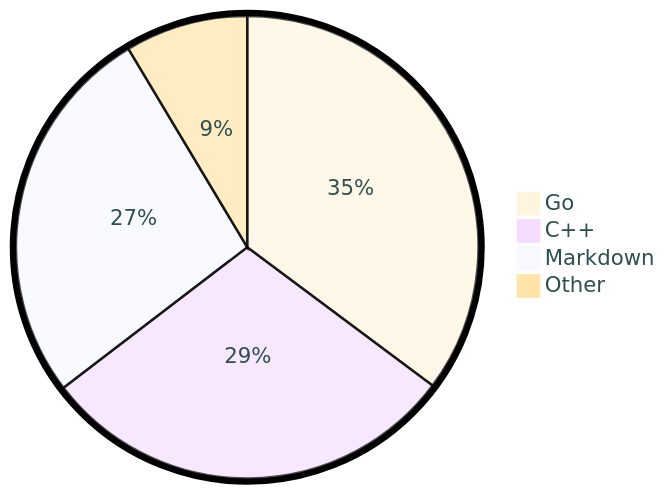
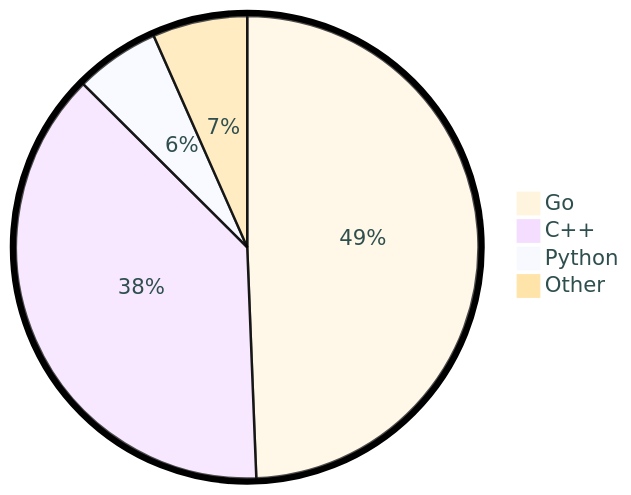
The diagram in README.md (tot0p/tot0p), drawn with Mermaid before and after one commit. The commit also changed other lines of this file, not shown here.

````diff
--- a/README.md
+++ b/README.md
@@ -87,8 +87,8 @@
 ```mermaid
 %%{init: {"pie": {"textPosition": 0.5}, "themeVariables": {"pieOuterStrokeWidth": "5px","primaryTextColor" : "#2F4F4F"},"theme":"base"} }%%
 pie
-	"Go": 35.21
-	"C++": 29.41
-	"Markdown": 26.8
-	"Other": 8.59
+	"Go": 49.38
+	"C++": 38.09
+	"Python": 5.91
+	"Other": 6.629999999999999
 ```
````
